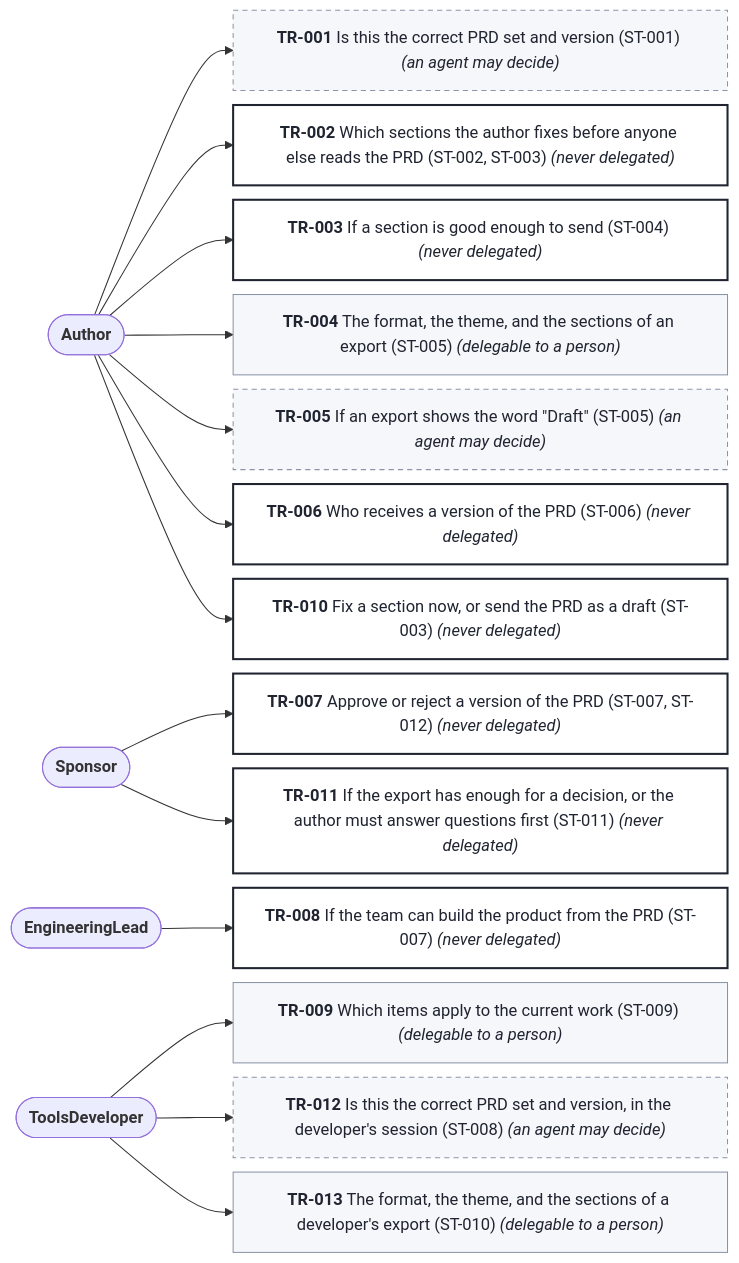
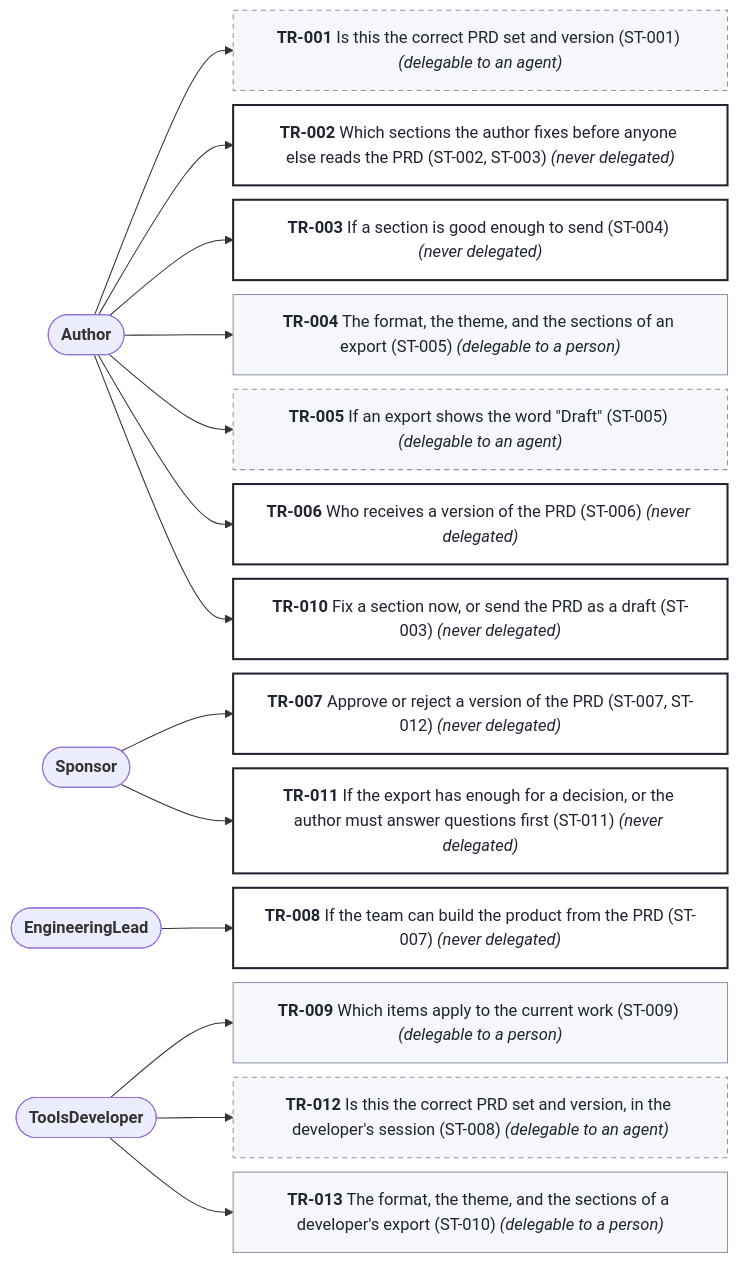
Before and after one commit to SpillwaveSolutions/prd-forge-viewer: the diagram in docs/prd/prd-forge-viewer/diagrams/decision-rights.mmd, drawn with Mermaid. The commit also changed 64 other files, not shown here.

```diff
--- a/docs/prd/prd-forge-viewer/diagrams/decision-rights.mmd
+++ b/docs/prd/prd-forge-viewer/diagrams/decision-rights.mmd
@@ -1,49 +1,49 @@
 %% Generated by prd-diagrams.mjs from the decision rights front matter. Do not edit.
 %%{init: {"flowchart": {"wrappingWidth": 420, "nodeSpacing": 14, "rankSpacing": 70}}}%%
 flowchart LR
   APER001(["<b>Author</b>"])
   APER004(["<b>Sponsor</b>"])
   APER003(["<b>EngineeringLead</b>"])
   APER002(["<b>ToolsDeveloper</b>"])
-  DTR001["<b>TR-001</b> Is this the correct PRD set and version (ST-001) <i>(an agent may decide)</i>"]
+  DTR001["<b>TR-001</b> Is this the correct PRD set and version (ST-001) <i>(delegable to an agent)</i>"]
   APER001 --> DTR001
   DTR002["<b>TR-002</b> Which sections the author fixes before anyone else reads the PRD (ST-002, ST-003) <i>(never delegated)</i>"]
   APER001 --> DTR002
   DTR003["<b>TR-003</b> If a section is good enough to send (ST-004) <i>(never delegated)</i>"]
   APER001 --> DTR003
   DTR004["<b>TR-004</b> The format, the theme, and the sections of an export (ST-005) <i>(delegable to a person)</i>"]
   APER001 --> DTR004
-  DTR005["<b>TR-005</b> If an export shows the word #quot;Draft#quot; (ST-005) <i>(an agent may decide)</i>"]
+  DTR005["<b>TR-005</b> If an export shows the word #quot;Draft#quot; (ST-005) <i>(delegable to an agent)</i>"]
   APER001 --> DTR005
   DTR006["<b>TR-006</b> Who receives a version of the PRD (ST-006) <i>(never delegated)</i>"]
   APER001 --> DTR006
   DTR007["<b>TR-007</b> Approve or reject a version of the PRD (ST-007, ST-012) <i>(never delegated)</i>"]
   APER004 --> DTR007
   DTR008["<b>TR-008</b> If the team can build the product from the PRD (ST-007) <i>(never delegated)</i>"]
   APER003 --> DTR008
   DTR009["<b>TR-009</b> Which items apply to the current work (ST-009) <i>(delegable to a person)</i>"]
   APER002 --> DTR009
   DTR010["<b>TR-010</b> Fix a section now, or send the PRD as a draft (ST-003) <i>(never delegated)</i>"]
   APER001 --> DTR010
   DTR011["<b>TR-011</b> If the export has enough for a decision, or the author must answer questions first (ST-011) <i>(never delegated)</i>"]
   APER004 --> DTR011
-  DTR012["<b>TR-012</b> Is this the correct PRD set and version, in the developer's session (ST-008) <i>(an agent may decide)</i>"]
+  DTR012["<b>TR-012</b> Is this the correct PRD set and version, in the developer's session (ST-008) <i>(delegable to an agent)</i>"]
   APER002 --> DTR012
   DTR013["<b>TR-013</b> The format, the theme, and the sections of a developer's export (ST-010) <i>(delegable to a person)</i>"]
   APER002 --> DTR013
   classDef never fill:#FFFFFF,stroke:#1F2430,stroke-width:2px,color:#1F2430
   classDef agent fill:#F5F7FA,stroke:#8A94A6,stroke-dasharray:5 4,color:#1F2430
   classDef person fill:#F5F7FA,stroke:#8A94A6,color:#1F2430
   class DTR001 agent
   class DTR002 never
   class DTR003 never
   class DTR004 person
   class DTR005 agent
   class DTR006 never
   class DTR007 never
   class DTR008 never
   class DTR009 person
   class DTR010 never
   class DTR011 never
   class DTR012 agent
   class DTR013 person
```
